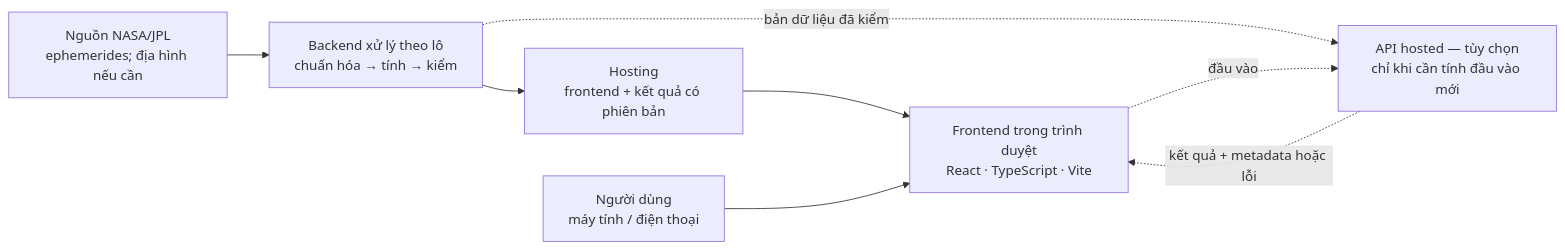
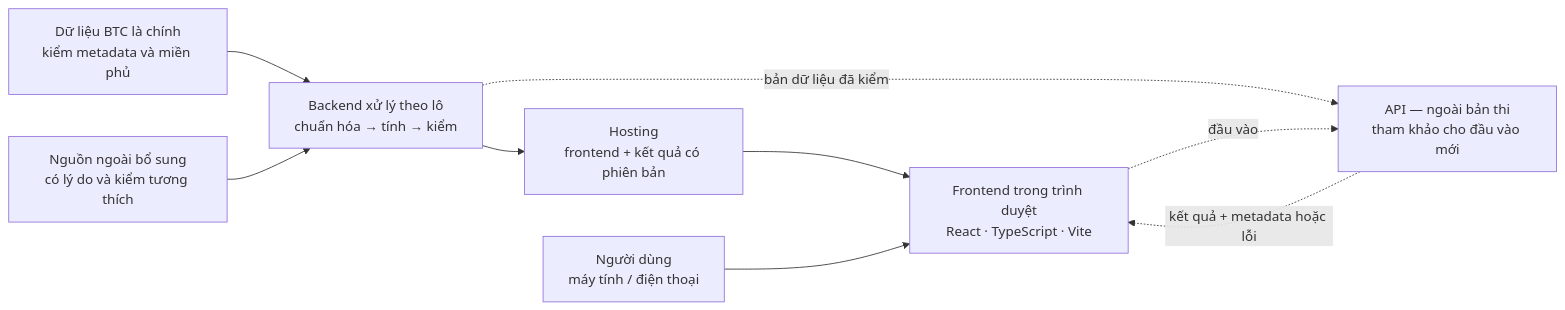
One commit to justsomenewbie/space-apps-2026-preparation changed the diagram in docs/architecture-proposal/ARCHITECTURE_PROPOSAL.md. Above: the diagram before and after it, drawn with Mermaid. The commit also changed other lines of this file and 11 other files, not shown here.

````diff
--- a/docs/architecture-proposal/ARCHITECTURE_PROPOSAL.md
+++ b/docs/architecture-proposal/ARCHITECTURE_PROPOSAL.md
@@ -23,10 +23,11 @@
 ```mermaid
 flowchart LR
-    S["Nguồn NASA/JPL<br/>ephemerides; địa hình nếu cần"] --> P["Backend xử lý theo lô<br/>chuẩn hóa → tính → kiểm"]
+    S["Dữ liệu BTC là chính<br/>kiểm metadata và miền phủ"] --> P["Backend xử lý theo lô<br/>chuẩn hóa → tính → kiểm"]
+    X["Nguồn ngoài bổ sung<br/>có lý do và kiểm tương thích"] --> P
     P --> H["Hosting<br/>frontend + kết quả có phiên bản"]
     H --> F["Frontend trong trình duyệt<br/>React · TypeScript · Vite"]
     U["Người dùng<br/>máy tính / điện thoại"] --> F
-    P -. "bản dữ liệu đã kiểm" .-> A["API hosted — tùy chọn<br/>chỉ khi cần tính đầu vào mới"]
+    P -. "bản dữ liệu đã kiểm" .-> A["API — ngoài bản thi<br/>tham khảo cho đầu vào mới"]
     F -. "đầu vào" .-> A
     A -. "kết quả + metadata hoặc lỗi" .-> F
 ```
````
